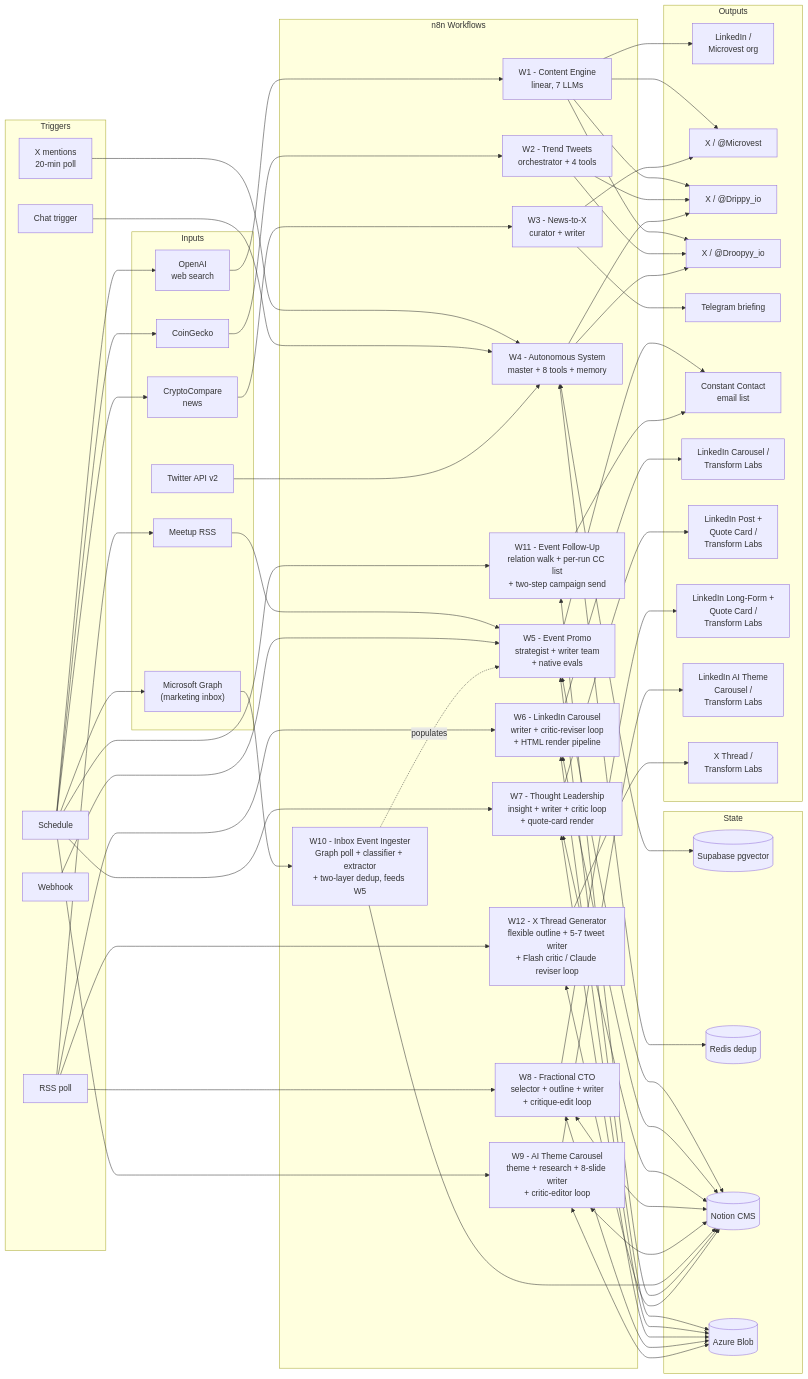
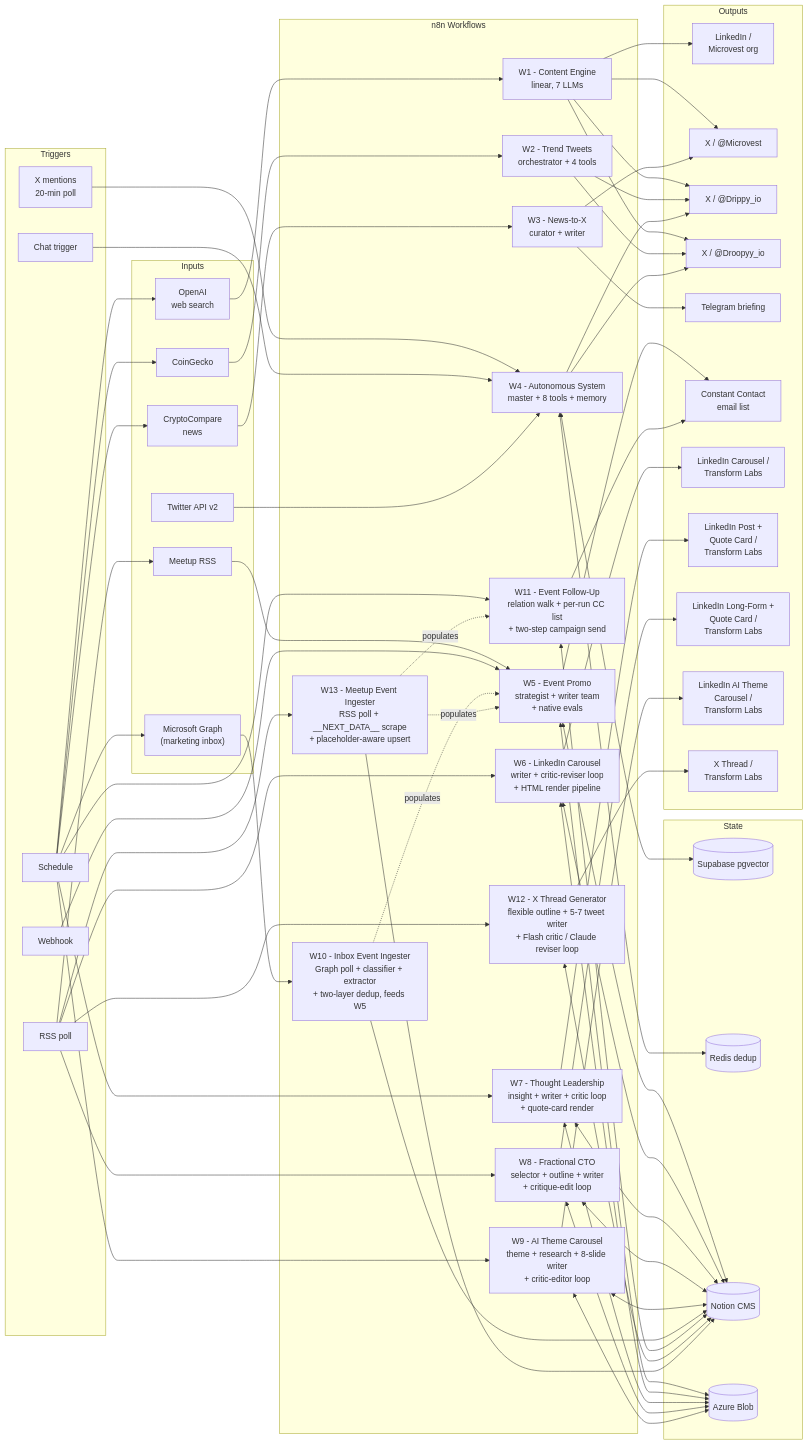
Before and after one commit to Talonsturgill/Automations: the diagram in README.md, drawn with Mermaid. The commit also changed other lines of this file and 2 other files, not shown here.

First line of the commit message:
Document W13 — Transform Labs Columbus AI Meetup Ingester (#11)

````diff
--- a/README.md
+++ b/README.md
@@ -94,6 +98,7 @@
         W10["W10 - Inbox Event Ingester<br/>Graph poll + classifier + extractor<br/>+ two-layer dedup, feeds W5"]
         W11["W11 - Event Follow-Up<br/>relation walk + per-run CC list<br/>+ two-step campaign send"]
         W12["W12 - X Thread Generator<br/>flexible outline + 5-7 tweet writer<br/>+ Flash critic / Claude reviser loop"]
+        W13["W13 - Meetup Event Ingester<br/>RSS poll + __NEXT_DATA__ scrape<br/>+ placeholder-aware upsert"]
     end
 
     subgraph memory["State"]
@@ -170,4 +175,8 @@
     RSS --> W12
     W12 <--> NOT
     W12 --> XTL
+    RSS --> W13
+    W13 --> NOT
+    W13 -. populates .-> W5
+    W13 -. populates .-> W11
 ```
````
